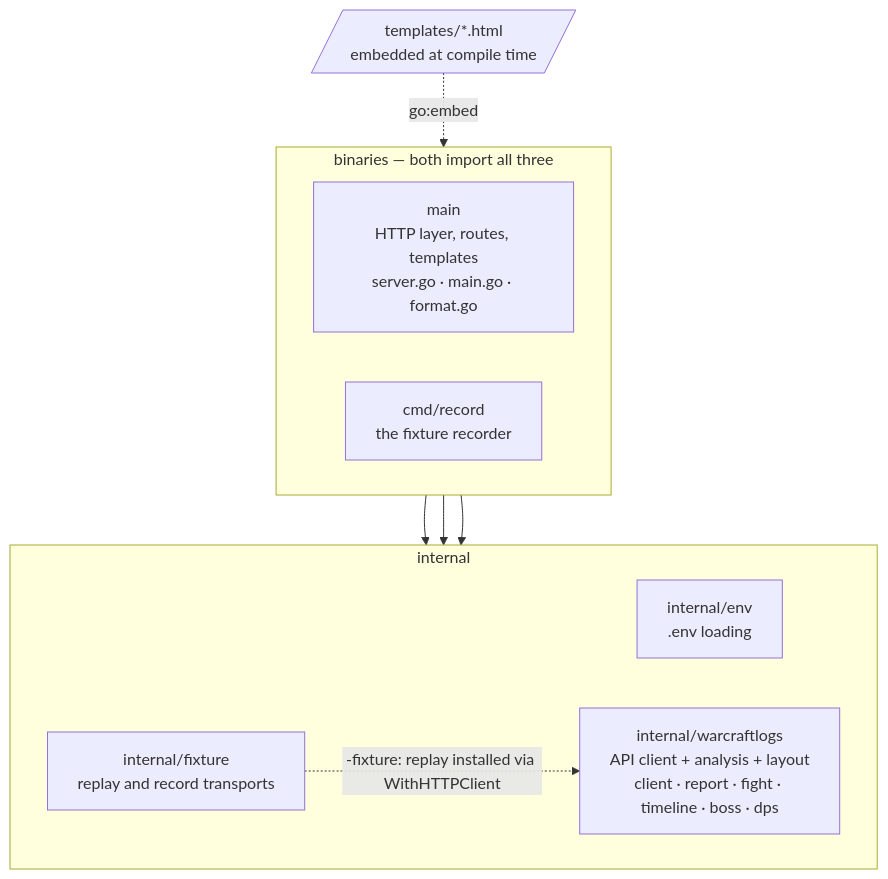
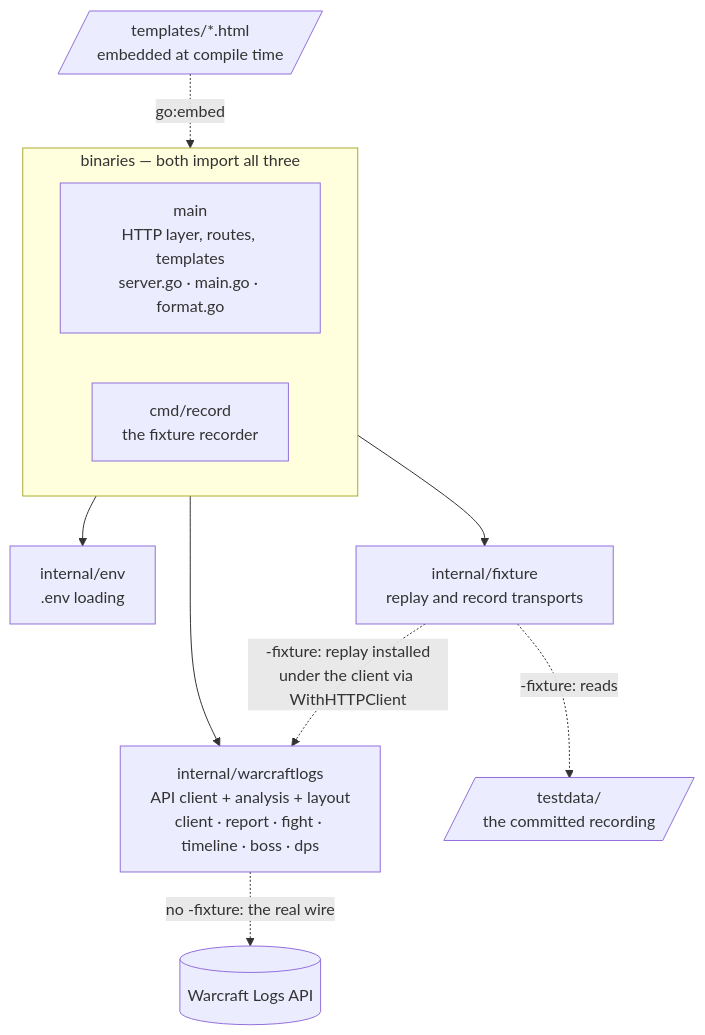
The second of 3 diagrams in ARCHITECTURE.md (Gabriel2048/wow-insights), drawn with Mermaid before and after one commit. The commit also changed other lines of this file, not shown here.

Commit message:
Draw both wires under the client in the package view
The two destinations the -fixture flag chooses between are now nodes,
each reached by a labelled dotted edge. The internal subgraph is gone:
its title sat on top of an arrow and the names already say internal/.

Claude-Session: https://claude.ai/code/session_01BQKntxwDvnhuBFrsNmRnie

````diff
--- a/ARCHITECTURE.md
+++ b/ARCHITECTURE.md
@@ -44,25 +46,26 @@
 ```mermaid
 flowchart TB
     %% verified: package graph
     templates[/"templates/*.html<br/>embedded at compile time"/]
 
     subgraph binaries["binaries — both import all three"]
         direction LR
         main["main<br/>HTTP layer, routes, templates<br/>server.go · main.go · format.go"]
         record["cmd/record<br/>the fixture recorder"]
     end
 
-    subgraph internal
-        direction LR
-        env["internal/env<br/>.env loading"]
-        fixture["internal/fixture<br/>replay and record transports"]
-        warcraftlogs["internal/warcraftlogs<br/>API client + analysis + layout<br/>client · report · fight · timeline · boss · dps"]
-    end
+    env["internal/env<br/>.env loading"]
+    fixture["internal/fixture<br/>replay and record transports"]
+    warcraftlogs["internal/warcraftlogs<br/>API client + analysis + layout<br/>client · report · fight · timeline · boss · dps"]
+    api[("Warcraft Logs API")]
+    testdata[/"testdata/<br/>the committed recording"/]
 
     binaries --> env
     binaries --> fixture
     binaries --> warcraftlogs
 
     templates -.->|"go:embed"| main
-    fixture -.->|"-fixture: replay installed via WithHTTPClient"| warcraftlogs
+    warcraftlogs -.->|"no -fixture: the real wire"| api
+    fixture -.->|"-fixture: replay installed<br/>under the client via WithHTTPClient"| warcraftlogs
+    fixture -.->|"-fixture: reads"| testdata
 ```
````
